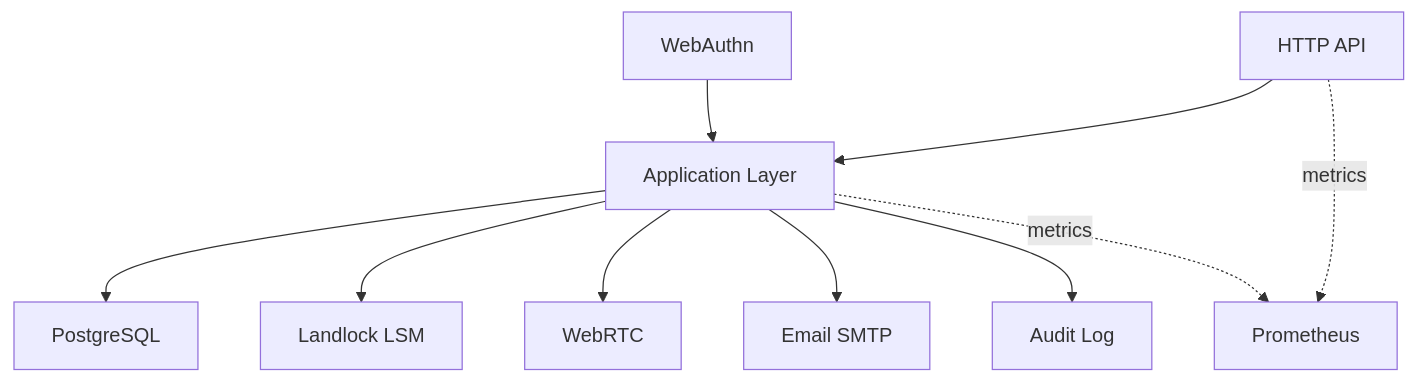
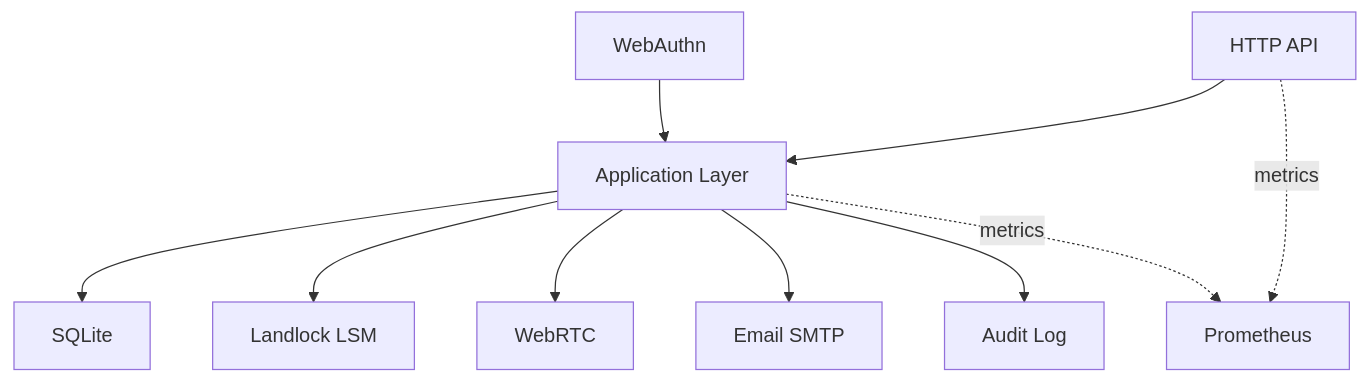
The diagram in backend/docs/adapters/README.md (HolyNoodle/personal_vault), drawn with Mermaid before and after one commit. The commit also changed other lines of this file and 3 other files, not shown here.

````diff
--- a/backend/docs/adapters/README.md
+++ b/backend/docs/adapters/README.md
@@ -76,14 +76,14 @@
 ```mermaid
 graph TD
     HTTP[HTTP API] --> App[Application Layer]
     WebAuthn[WebAuthn] --> App
     
-    App --> Postgres[PostgreSQL]
+    App --> SQLite[SQLite]
     App --> Landlock[Landlock LSM]
     App --> WebRTC[WebRTC]
     App --> Email[Email SMTP]
     App --> Audit[Audit Log]
     
     HTTP -.->|metrics| Monitoring[Prometheus]
     App -.->|metrics| Monitoring
 ```
````
